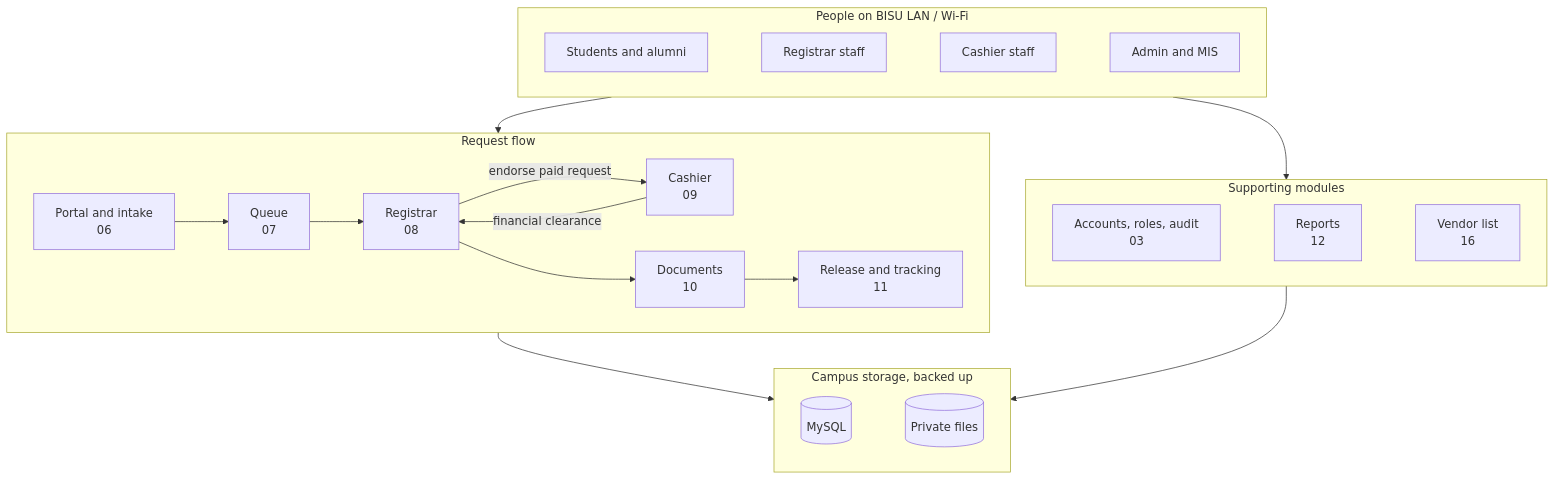
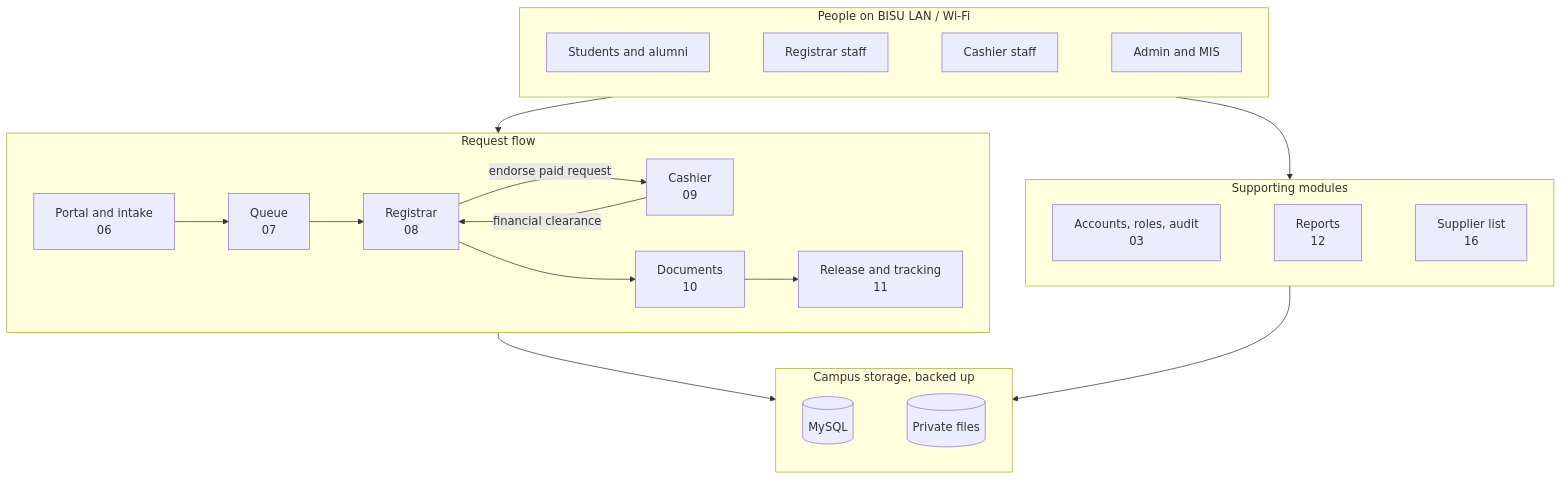
One commit to EnrieJohn31/BISU-Registrar changed the first of 2 diagrams in System_Plan/index.md. Above: the diagram before and after it, drawn with Mermaid. The commit also changed other lines of this file and 13 other files, not shown here.

Commit message:
docs: rename Registrar vendor module to supplier

````diff
--- a/System_Plan/index.md
+++ b/System_Plan/index.md
@@ -21,26 +21,26 @@
 ```mermaid
 flowchart TB
     subgraph People["People on BISU LAN / Wi-Fi"]
         direction LR
         CL[Students and alumni] ~~~ RS[Registrar staff] ~~~ CS[Cashier staff] ~~~ AD[Admin and MIS]
     end
     subgraph Flow["Request flow"]
         direction LR
         PO["Portal and intake<br/>06"] --> QU["Queue<br/>07"] --> RW["Registrar<br/>08"]
         RW -->|endorse paid request| CW["Cashier<br/>09"]
         CW -->|financial clearance| RW
         RW --> DG["Documents<br/>10"] --> RT["Release and tracking<br/>11"]
     end
     subgraph Support["Supporting modules"]
         direction LR
-        AC["Accounts, roles, audit<br/>03"] ~~~ RP["Reports<br/>12"] ~~~ VN["Vendor list<br/>16"]
+        AC["Accounts, roles, audit<br/>03"] ~~~ RP["Reports<br/>12"] ~~~ VN["Supplier list<br/>16"]
     end
     subgraph Store["Campus storage, backed up"]
         direction LR
         DB[(MySQL)] ~~~ FS[(Private files)]
     end
     People --> Flow
     People --> Support
     Flow --> Store
     Support --> Store
 ```
````
